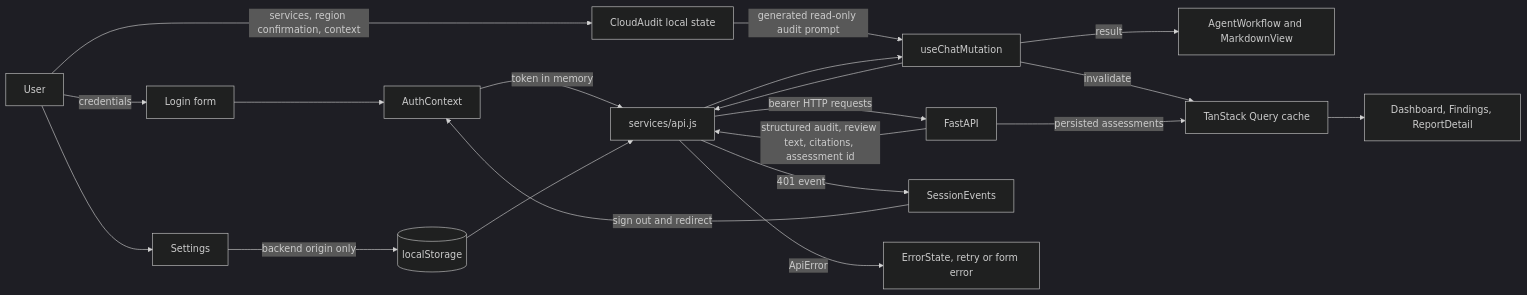
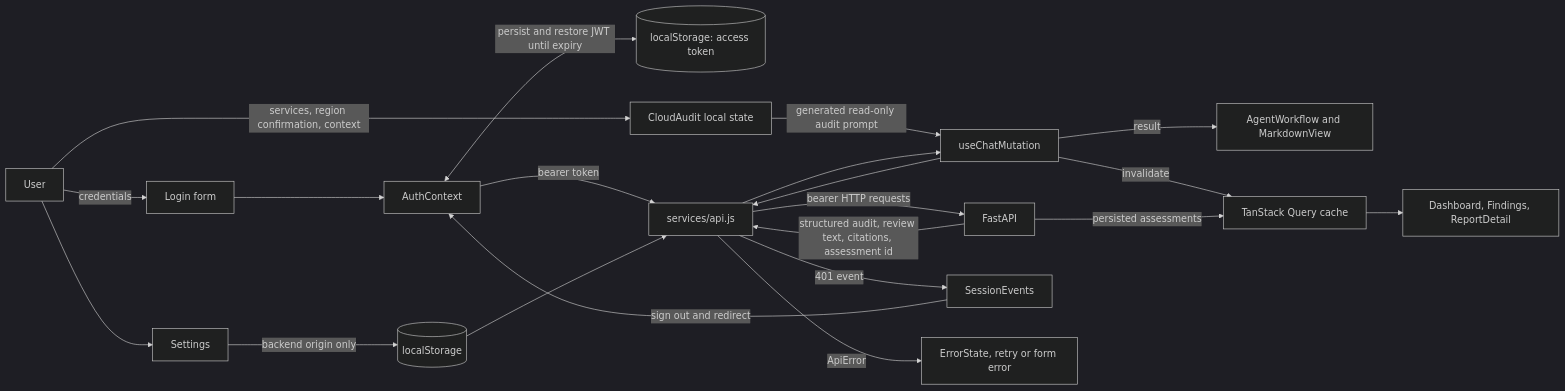
The diagram in design/diagrams/frontend-data-flow.mmd (anubhavbuildz/indra-ai), drawn with Mermaid (dark theme) before and after one commit. The commit also changed 96 other files, not shown here.

```diff
--- a/design/diagrams/frontend-data-flow.mmd
+++ b/design/diagrams/frontend-data-flow.mmd
@@ -1,20 +1,21 @@
 flowchart LR
   U[User] -->|credentials| LOGIN[Login form]
   LOGIN --> AUTH[AuthContext]
-  AUTH -->|token in memory| API[services/api.js]
+  AUTH <-->|persist and restore JWT until expiry| TOKENS[(localStorage: access token)]
+  AUTH -->|bearer token| API[services/api.js]
   U -->|services, region confirmation, context| AUDIT[CloudAudit local state]
   AUDIT -->|generated read-only audit prompt| MUT[useChatMutation]
   MUT --> API
   API -->|bearer HTTP requests| BE[FastAPI]
   BE -->|structured audit, review text, citations, assessment id| API
   API --> MUT
   MUT -->|result| WORK[AgentWorkflow and MarkdownView]
   MUT -->|invalidate| CACHE[TanStack Query cache]
   CACHE --> DASH[Dashboard, Findings, ReportDetail]
   BE -->|persisted assessments| CACHE
   API -->|401 event| SESSION[SessionEvents]
   SESSION -->|sign out and redirect| AUTH
   API -->|ApiError| ERR[ErrorState, retry or form error]
   U --> SETTINGS[Settings]
   SETTINGS -->|backend origin only| LS[(localStorage)]
   LS --> API
```
